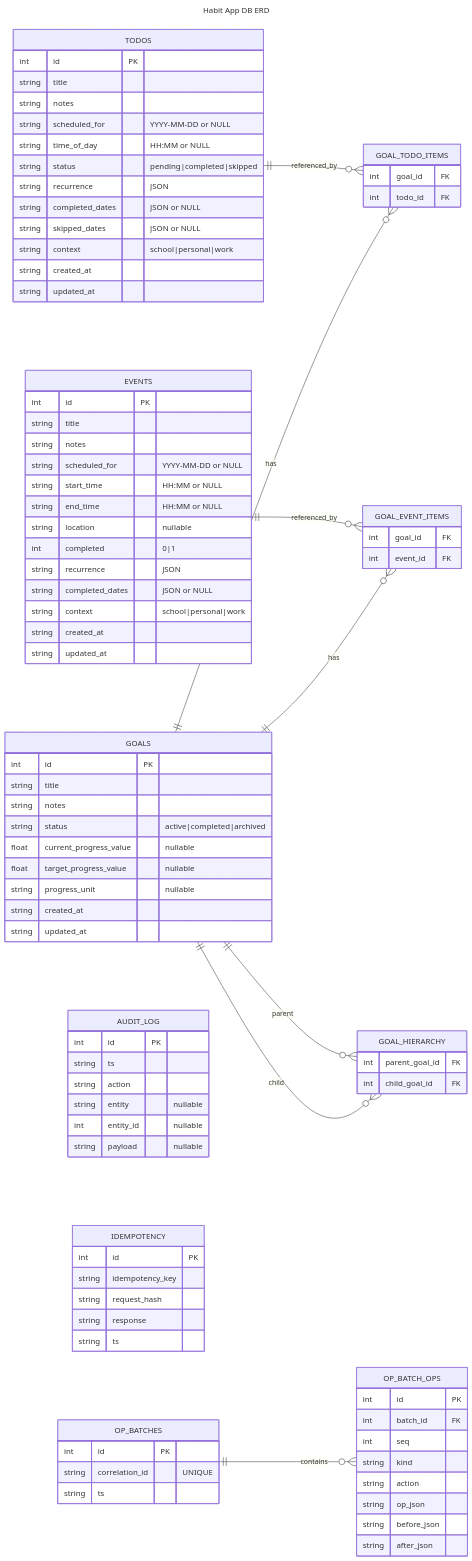
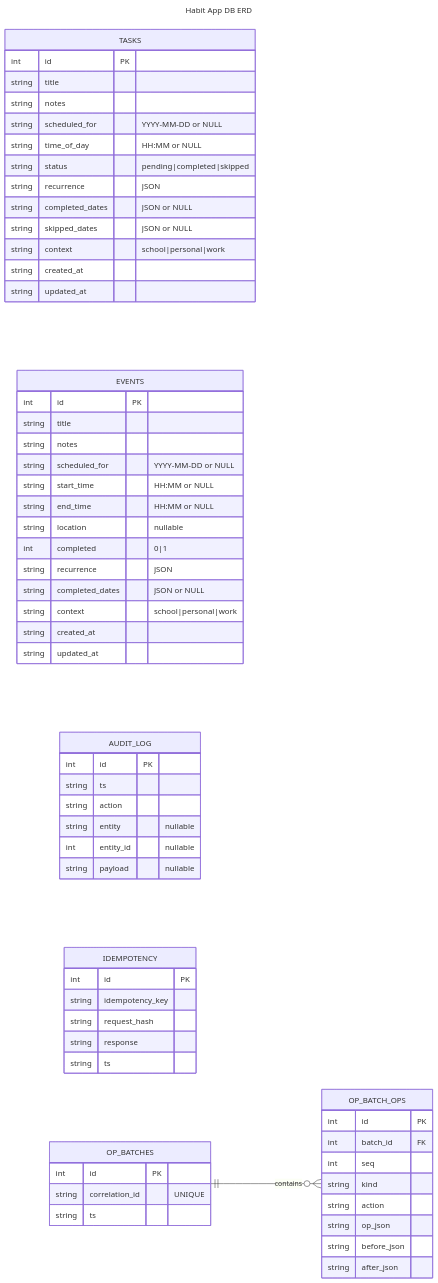
The diagram in docs/mindmap/er_diagram.md (dantheman454/habit_app), drawn with Mermaid before and after one commit. The commit also changed other lines of this file and 38 other files, not shown here.

````diff
--- a/docs/mindmap/er_diagram.md
+++ b/docs/mindmap/er_diagram.md
@@ -11,7 +11,7 @@
 erDiagram
     direction LR
 
-    TODOS {
+    TASKS {
         int id PK
         string title
         string notes
@@ -38,18 +38,6 @@
         string recurrence "JSON"
         string completed_dates "JSON or NULL"
         string context "school|personal|work"
-        string created_at
-        string updated_at
-    }
-
-    GOALS {
-        int id PK
-        string title
-        string notes
-        string status "active|completed|archived"
-        float current_progress_value "nullable"
-        float target_progress_value "nullable"
-        string progress_unit "nullable"
         string created_at
         string updated_at
     }
@@ -88,29 +76,5 @@
         string after_json
     }
 
-    GOAL_TODO_ITEMS {
-        int goal_id FK
-        int todo_id FK
-    }
-
-    GOAL_EVENT_ITEMS {
-        int goal_id FK
-        int event_id FK
-    }
-
-    GOAL_HIERARCHY {
-        int parent_goal_id FK
-        int child_goal_id FK
-    }
-
-    TODOS ||--o{ GOAL_TODO_ITEMS : referenced_by
-    GOALS ||--o{ GOAL_TODO_ITEMS : has
-
-    EVENTS ||--o{ GOAL_EVENT_ITEMS : referenced_by
-    GOALS ||--o{ GOAL_EVENT_ITEMS : has
-
-    GOALS ||--o{ GOAL_HIERARCHY : parent
-    GOALS ||--o{ GOAL_HIERARCHY : child
-
     OP_BATCHES ||--o{ OP_BATCH_OPS : contains
 ```
````
